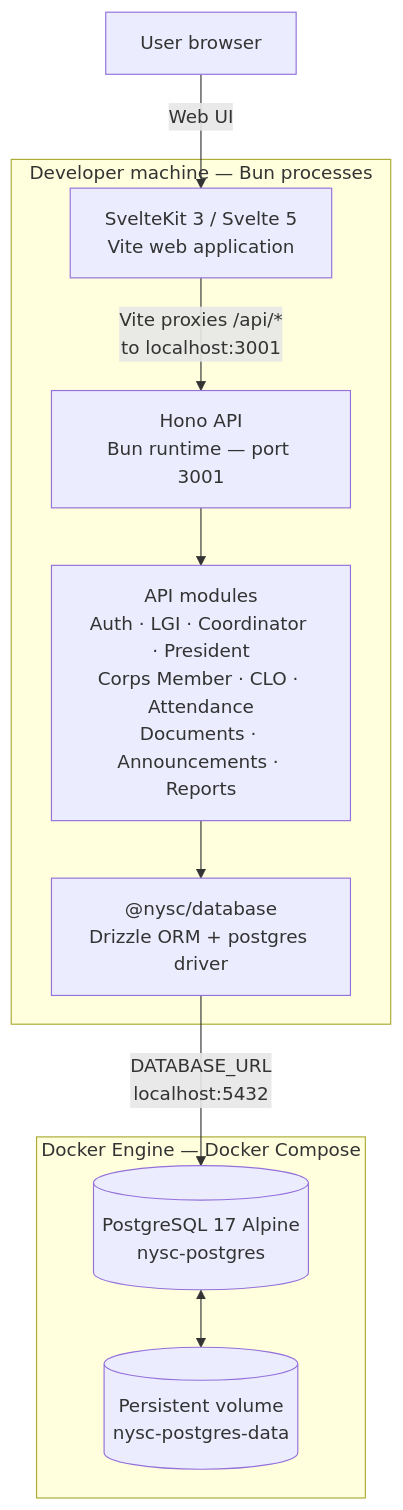
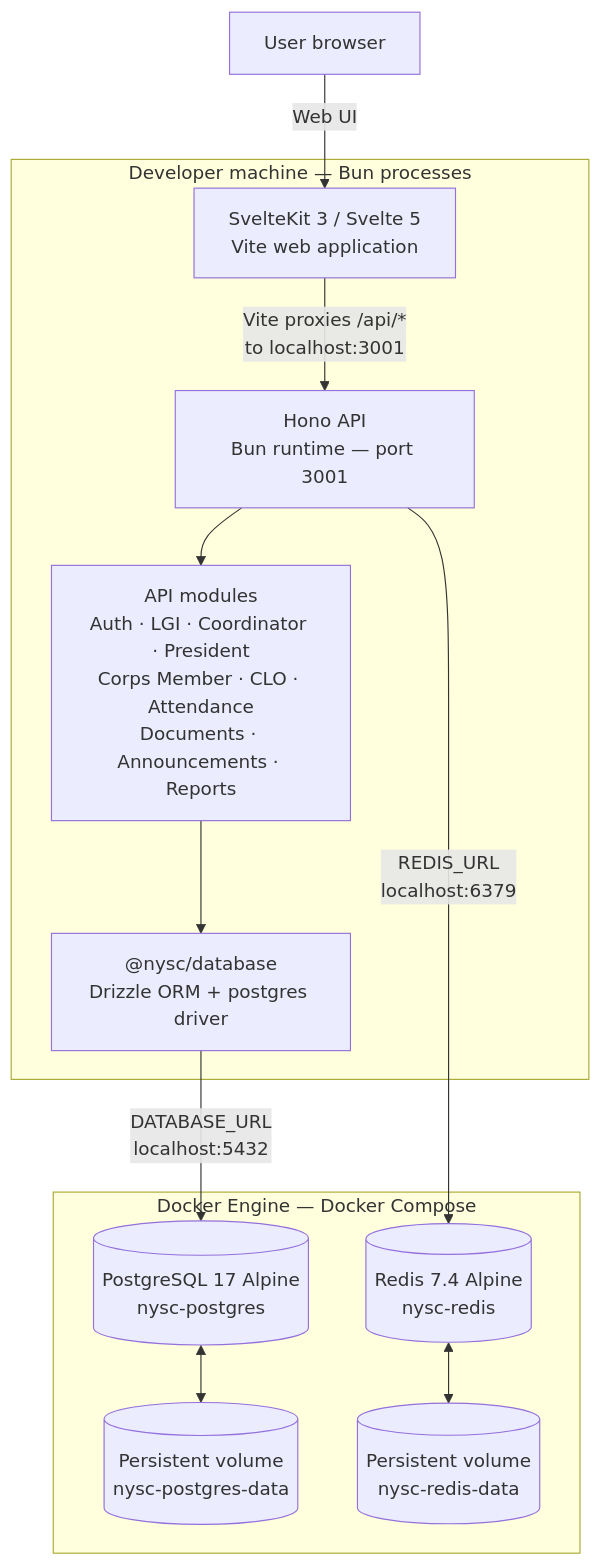
One commit to slim274/nysc-cds-platform changed the diagram in README.md. Above: the diagram before and after it, drawn with Mermaid. The commit also changed other lines of this file, not shown here.

Commit message:
Update local architecture and setup for Redis service

````diff
--- a/README.md
+++ b/README.md
@@ -22,23 +22,27 @@
 ```mermaid
 flowchart TB
   Browser["User browser"]
 
   subgraph Local["Developer machine — Bun processes"]
     Web["SvelteKit 3 / Svelte 5<br/>Vite web application"]
     API["Hono API<br/>Bun runtime — port 3001"]
     Modules["API modules<br/>Auth · LGI · Coordinator · President<br/>Corps Member · CLO · Attendance<br/>Documents · Announcements · Reports"]
     Data["@nysc/database<br/>Drizzle ORM + postgres driver"]
     Web -->|"Vite proxies /api/*<br/>to localhost:3001"| API
     API --> Modules
     Modules --> Data
   end
 
   subgraph Docker["Docker Engine — Docker Compose"]
     PG[("PostgreSQL 17 Alpine<br/>nysc-postgres")]
     Volume[("Persistent volume<br/>nysc-postgres-data")]
+    Redis[("Redis 7.4 Alpine<br/>nysc-redis")]
+    RedisVolume[("Persistent volume<br/>nysc-redis-data")]
     PG <--> Volume
+    Redis <--> RedisVolume
   end
 
   Browser -->|"Web UI"| Web
   Data -->|"DATABASE_URL<br/>localhost:5432"| PG
+  API -->|"REDIS_URL<br/>localhost:6379"| Redis
 ```
````
